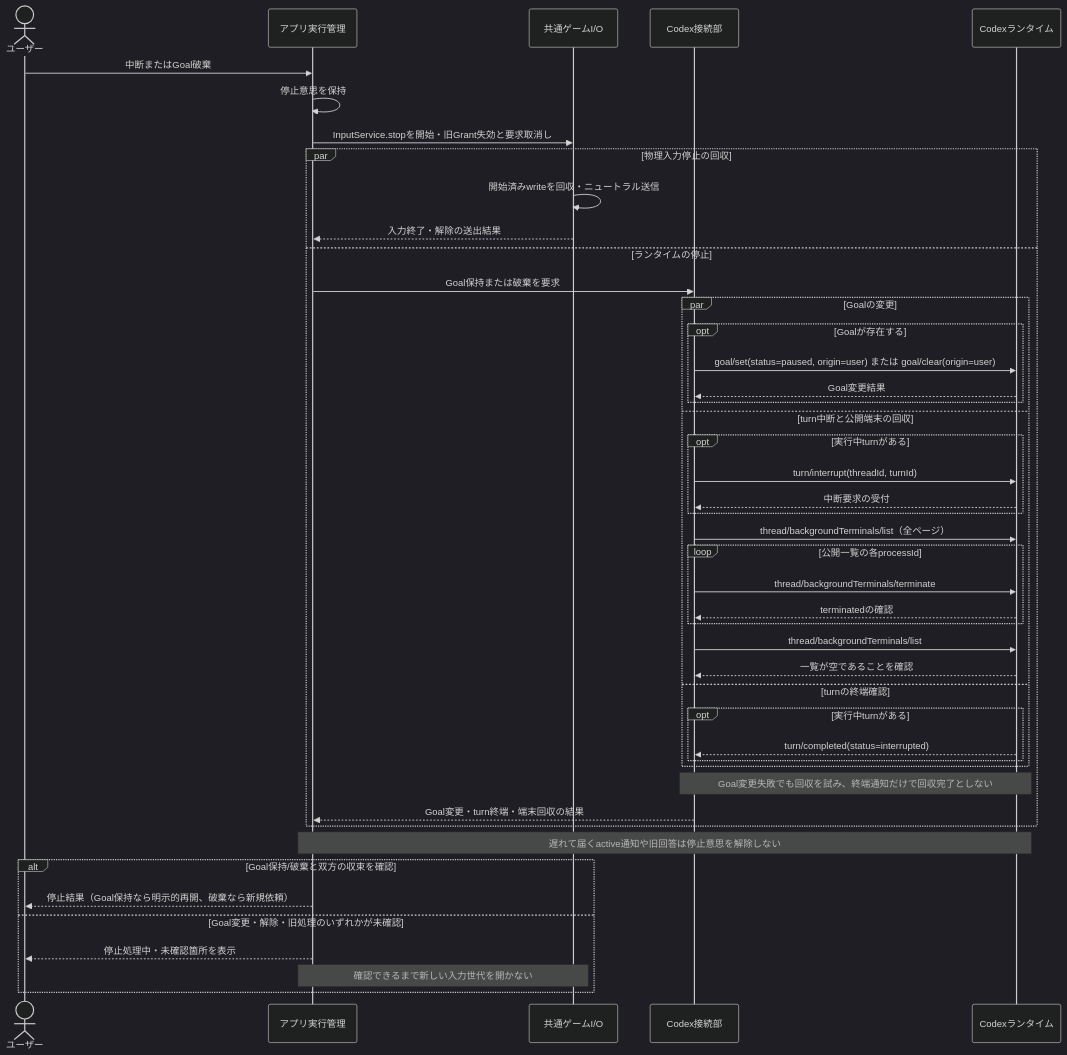
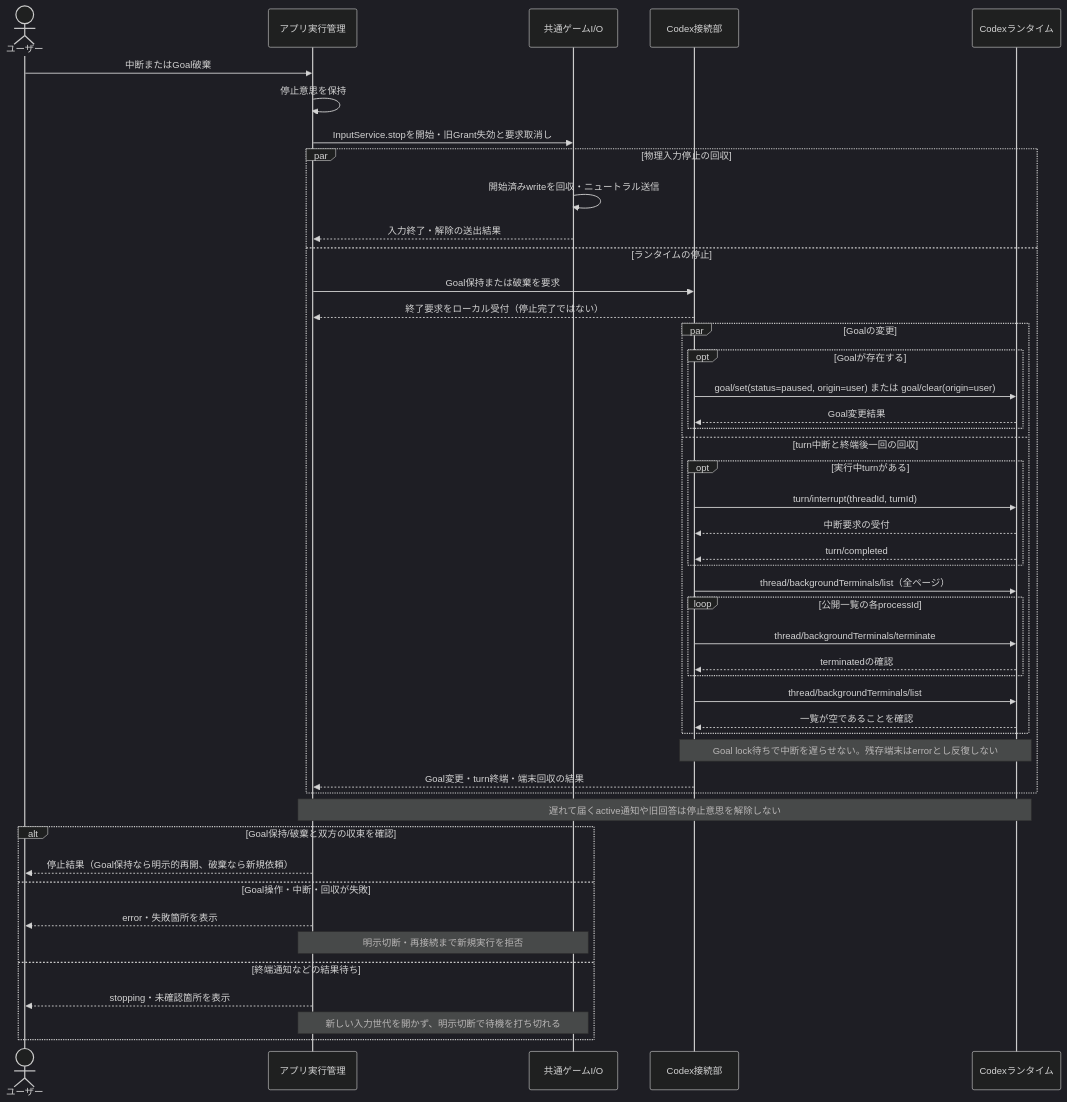
Before and after one commit to niart120/Project_Gigas: the fifth of 8 diagrams in spec/initial/09-control-flows.md, drawn with Mermaid (dark theme). The commit also changed other lines of this file and 18 other files, not shown here.

````diff
--- a/spec/initial/09-control-flows.md
+++ b/spec/initial/09-control-flows.md
@@ -215,48 +206,49 @@
 ```mermaid
 sequenceDiagram
     actor U as ユーザー
     participant A as アプリ実行管理
     participant G as 共通ゲームI/O
     participant C as Codex接続部
     participant R as Codexランタイム
     U->>A: 中断またはGoal破棄
     A->>A: 停止意思を保持
     A->>G: InputService.stopを開始・旧Grant失効と要求取消し
     par 物理入力停止の回収
         G->>G: 開始済みwriteを回収・ニュートラル送信
         G-->>A: 入力終了・解除の送出結果
     and ランタイムの停止
         A->>C: Goal保持または破棄を要求
+        C-->>A: 終了要求をローカル受付（停止完了ではない）
         par Goalの変更
             opt Goalが存在する
                 C->>R: goal/set(status=paused, origin=user) または goal/clear(origin=user)
                 R-->>C: Goal変更結果
             end
-        and turn中断と公開端末の回収
+        and turn中断と終端後一回の回収
             opt 実行中turnがある
                 C->>R: turn/interrupt(threadId, turnId)
                 R-->>C: 中断要求の受付
+                R-->>C: turn/completed
             end
             C->>R: thread/backgroundTerminals/list（全ページ）
             loop 公開一覧の各processId
                 C->>R: thread/backgroundTerminals/terminate
                 R-->>C: terminatedの確認
             end
             C->>R: thread/backgroundTerminals/list
             R-->>C: 一覧が空であることを確認
-        and turnの終端確認
-            opt 実行中turnがある
-                R-->>C: turn/completed(status=interrupted)
-            end
         end
-        Note over C,R: Goal変更失敗でも回収を試み、終端通知だけで回収完了としない
+        Note over C,R: Goal lock待ちで中断を遅らせない。残存端末はerrorとし反復しない
         C-->>A: Goal変更・turn終端・端末回収の結果
     end
     Note over A,R: 遅れて届くactive通知や旧回答は停止意思を解除しない
     alt Goal保持/破棄と双方の収束を確認
         A-->>U: 停止結果（Goal保持なら明示的再開、破棄なら新規依頼）
-    else Goal変更・解除・旧処理のいずれかが未確認
-        A-->>U: 停止処理中・未確認箇所を表示
-        Note over A,G: 確認できるまで新しい入力世代を開かない
+    else Goal操作・中断・回収が失敗
+        A-->>U: error・失敗箇所を表示
+        Note over A,G: 明示切断・再接続まで新規実行を拒否
+    else 終端通知などの結果待ち
+        A-->>U: stopping・未確認箇所を表示
+        Note over A,G: 新しい入力世代を開かず、明示切断で待機を打ち切れる
     end
 ```
````
